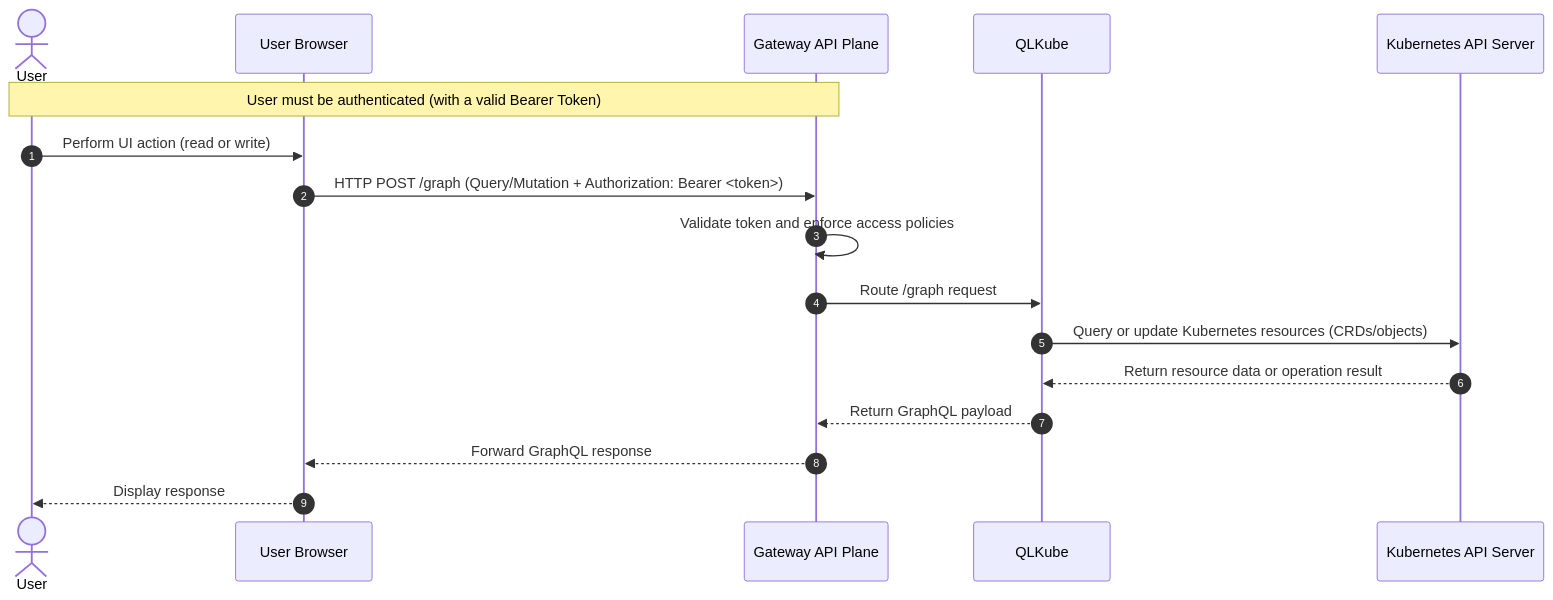
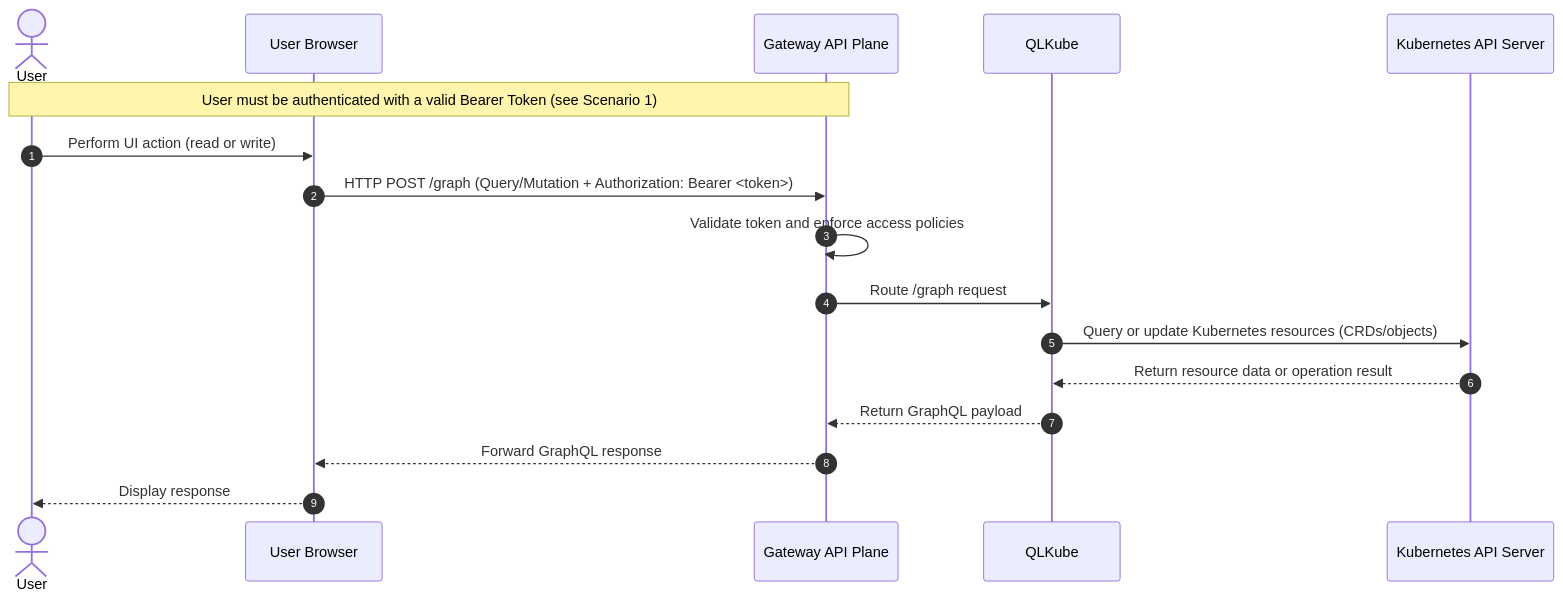
One commit to netgroup-polito/CrownLabs changed the second of 4 diagrams in frontend/README.md. Above: the diagram before and after it, drawn with Mermaid. The commit also changed other lines of this file, not shown here.

Commit message:
minor fixes

````diff
--- a/frontend/README.md
+++ b/frontend/README.md
@@ -60,20 +60,20 @@
 ```mermaid
 sequenceDiagram
     autonumber
     actor User
     participant Browser as User Browser
     participant LB as Gateway API Plane
     participant GraphQL as QLKube
     participant APIServer as Kubernetes API Server
 
-    Note over User,LB: User must be authenticated (with a valid Bearer Token)
+    Note over User,LB: User must be authenticated with a valid Bearer Token (see Scenario 1)
     User->>Browser: Perform UI action (read or write)
     Browser->>LB: HTTP POST /graph (Query/Mutation + Authorization: Bearer <token>)
     LB->>LB: Validate token and enforce access policies
     LB->>GraphQL: Route /graph request
     GraphQL->>APIServer: Query or update Kubernetes resources (CRDs/objects)
     APIServer-->>GraphQL: Return resource data or operation result
     GraphQL-->>LB: Return GraphQL payload
     LB-->>Browser: Forward GraphQL response
     Browser-->>User: Display response
 ```
````
